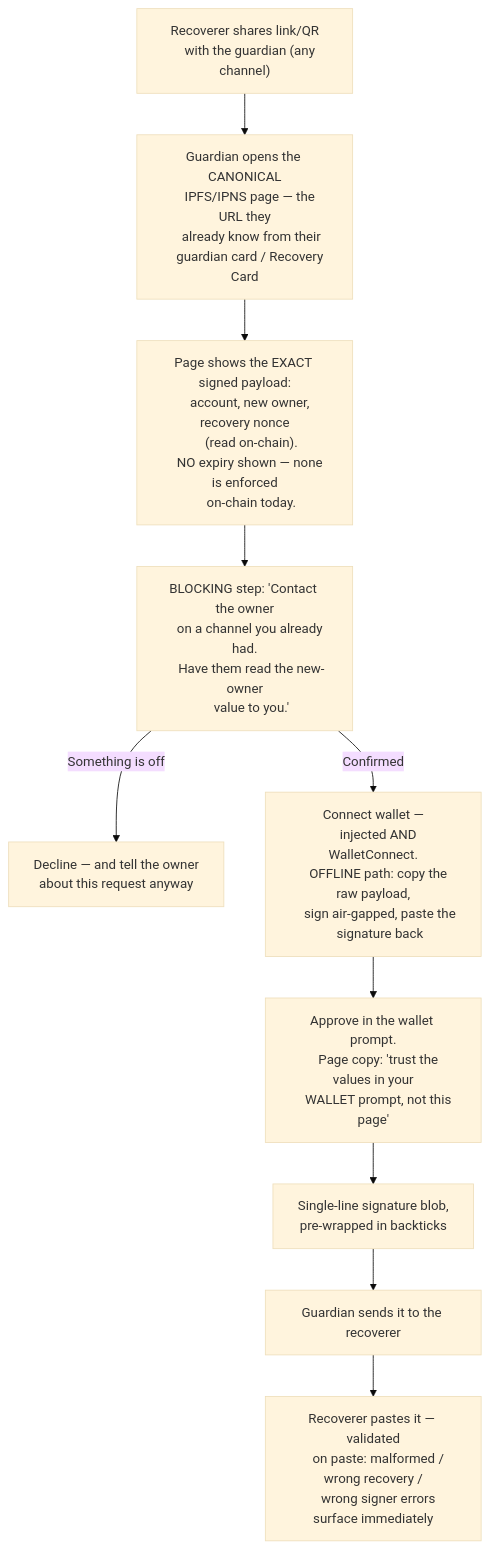
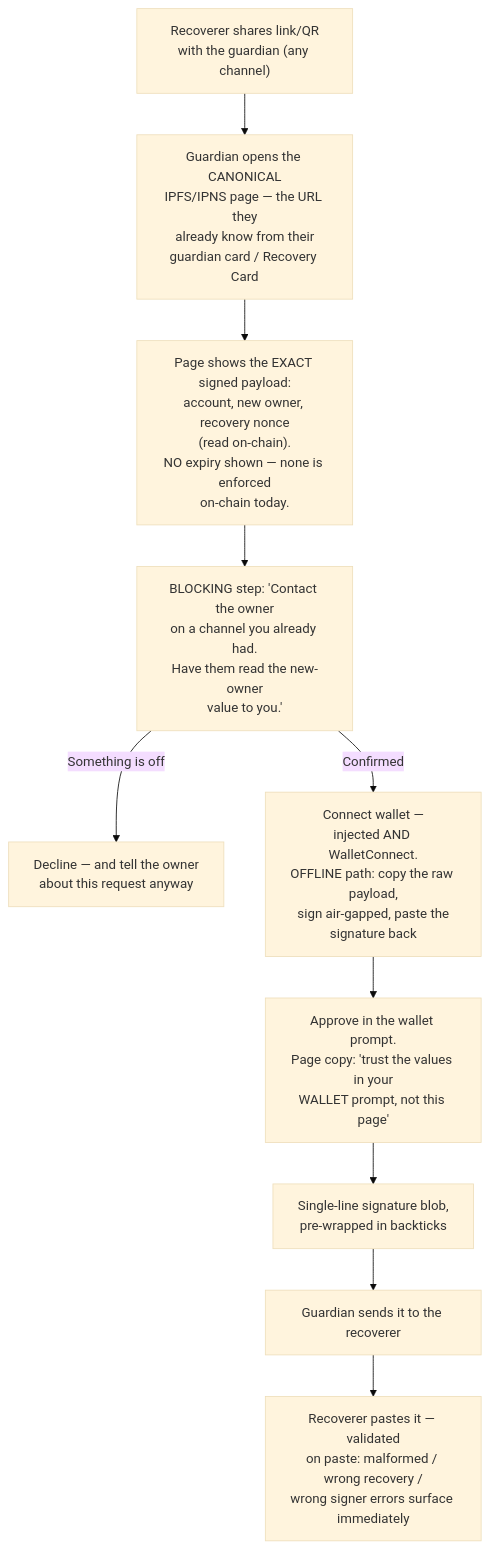
The seventh of 10 diagrams in social-recovery-ux-flows.md (FiboAtWonder/kohaku-extension), drawn with Mermaid (base theme) before and after one commit. The commit also changed other lines of this file, not shown here.

First line of the commit message:
docs: single-line mermaid labels + cross-flow click links

````diff
--- a/social-recovery-ux-flows.md
+++ b/social-recovery-ux-flows.md
@@ -346,33 +308,12 @@
 ```mermaid
 flowchart TD
-    A["Recoverer shares link/QR
-    with the guardian (any channel)"] --> B["Guardian opens the CANONICAL
-    IPFS/IPNS page — the URL they
-    already know from their
-    guardian card / Recovery Card"]
-    B --> C["Page shows the EXACT signed payload:
-    account, new owner, recovery nonce
-    (read on-chain).
-    NO expiry shown — none is enforced
-    on-chain today."]
-    C --> W["BLOCKING step: 'Contact the owner
-    on a channel you already had.
-    Have them read the new-owner
-    value to you.'"]
-    W -->|Something is off| DE["Decline — and tell the owner
-    about this request anyway"]
-    W -->|Confirmed| D["Connect wallet —
-    injected AND WalletConnect.
-    OFFLINE path: copy the raw payload,
-    sign air-gapped, paste the
-    signature back"]
-    D --> E["Approve in the wallet prompt.
-    Page copy: 'trust the values in your
-    WALLET prompt, not this page'"]
-    E --> F["Single-line signature blob,
-    pre-wrapped in backticks"]
+    A["Recoverer shares link/QR<br/>with the guardian (any channel)"] --> B["Guardian opens the CANONICAL<br/>IPFS/IPNS page — the URL they<br/>already know from their<br/>guardian card / Recovery Card"]
+    B --> C["Page shows the EXACT signed payload:<br/>account, new owner, recovery nonce<br/>(read on-chain).<br/>NO expiry shown — none is enforced<br/>on-chain today."]
+    C --> W["BLOCKING step: 'Contact the owner<br/>on a channel you already had.<br/>Have them read the new-owner<br/>value to you.'"]
+    W -->|Something is off| DE["Decline — and tell the owner<br/>about this request anyway"]
+    W -->|Confirmed| D["Connect wallet —<br/>injected AND WalletConnect.<br/>OFFLINE path: copy the raw payload,<br/>sign air-gapped, paste the<br/>signature back"]
+    D --> E["Approve in the wallet prompt.<br/>Page copy: 'trust the values in your<br/>WALLET prompt, not this page'"]
+    E --> F["Single-line signature blob,<br/>pre-wrapped in backticks"]
     F --> G[Guardian sends it to the recoverer]
-    G --> H["Recoverer pastes it — validated
-    on paste: malformed / wrong recovery /
-    wrong signer errors surface immediately"]
+    G --> H["Recoverer pastes it — validated<br/>on paste: malformed / wrong recovery /<br/>wrong signer errors surface immediately"]
 ```
````
